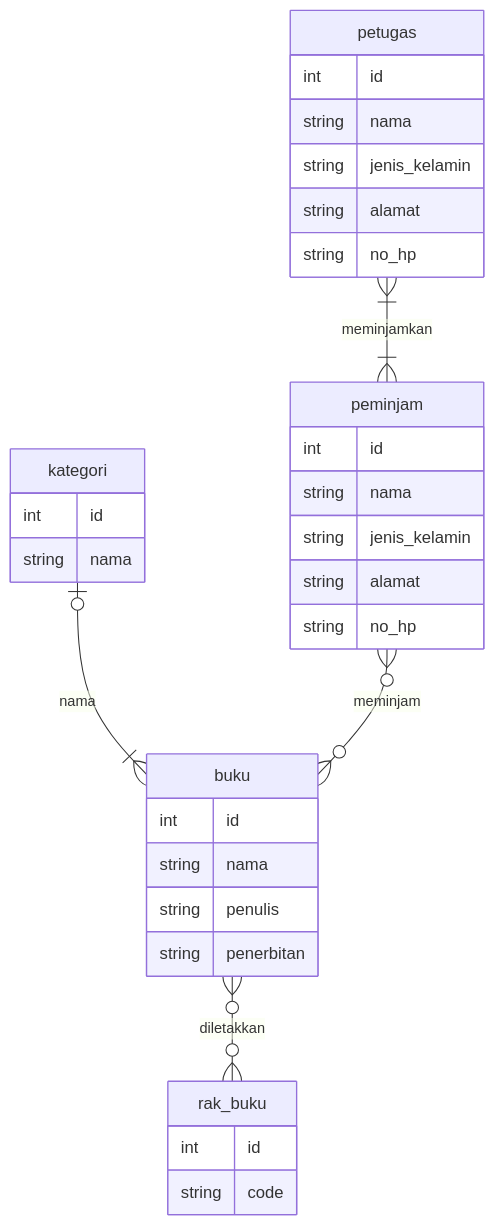
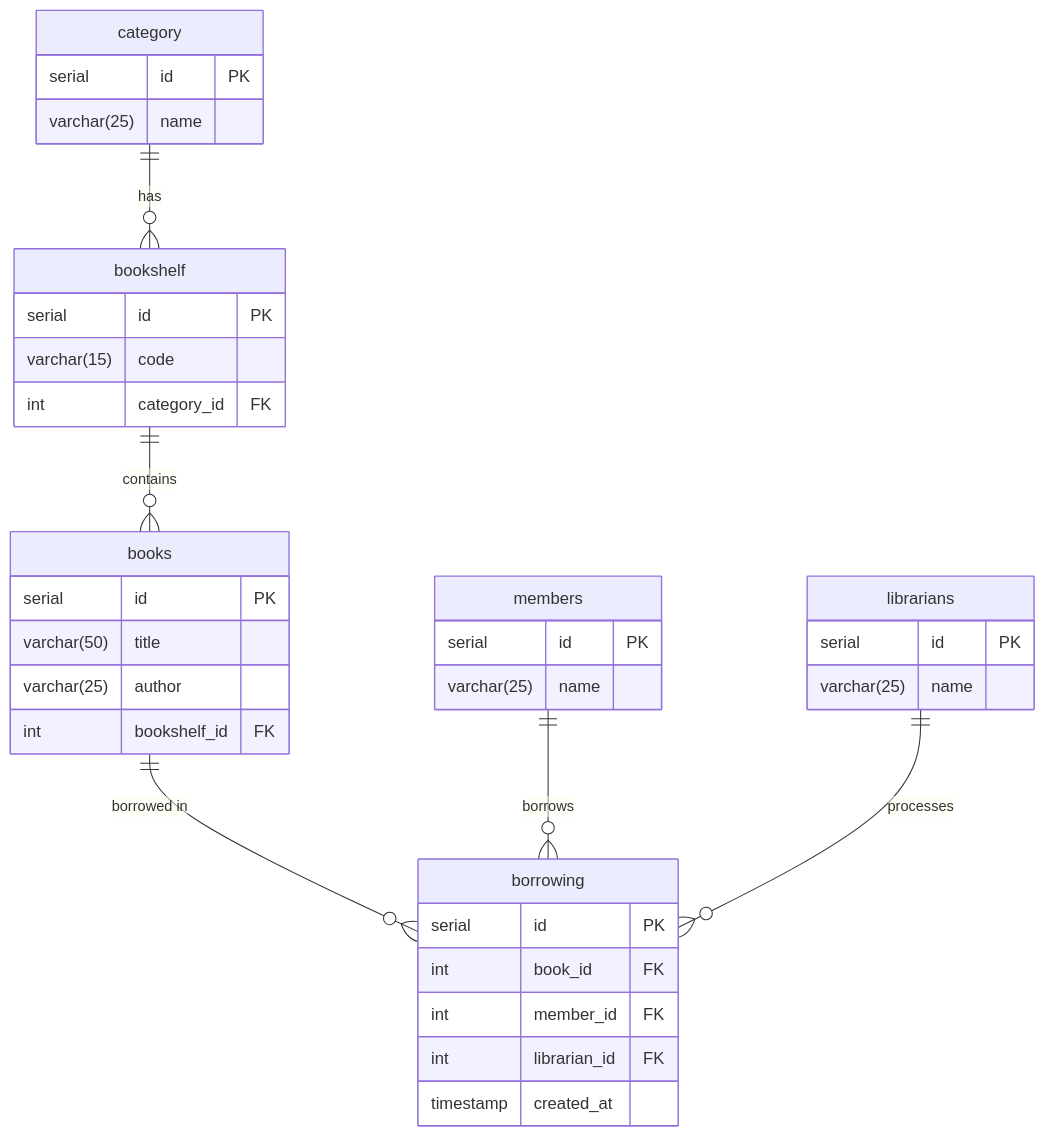
Before and after one commit to Anggiprayoga28/Koda-B4-db1: the diagram in readme.md, drawn with Mermaid.

````diff
--- a/readme.md
+++ b/readme.md
@@ -67,36 +67,45 @@
 ```mermaid
 erDiagram
-    buku{
-        int id
-        string nama
-        string penulis
-        string penerbitan
-    }
-    kategori{
-        int id
-        string nama
-    }
-    rak_buku{
-        int id
-        string code
-    }
-    petugas{
-        int id
-        string nama
-        string jenis_kelamin
-        string alamat
-        string no_hp
-    }
-    peminjam{
-        int id
-        string nama
-        string jenis_kelamin
-        string alamat
-        string no_hp
+    category {
+        serial id PK
+        varchar(25) name
     }
 
-buku}o--o{rak_buku : diletakkan
-kategori|o--|{buku : nama
-peminjam}o--o{buku : meminjam
-petugas}|--|{peminjam : meminjamkan
+    bookshelf {
+        serial id PK
+        varchar(15) code
+        int category_id FK
+    }
+
+    books {
+        serial id PK
+        varchar(50) title
+        varchar(25) author
+        int bookshelf_id FK
+    }
+
+    librarians {
+        serial id PK
+        varchar(25) name
+    }
+
+    members {
+        serial id PK
+        varchar(25) name
+    }
+
+    borrowing {
+        serial id PK
+        int book_id FK
+        int member_id FK
+        int librarian_id FK
+        timestamp created_at
+    }
+
+    category ||--o{ bookshelf : "has"
+    bookshelf ||--o{ books : "contains"
+    books ||--o{ borrowing : "borrowed in"
+    members ||--o{ borrowing : "borrows"
+    librarians ||--o{ borrowing : "processes"
+
 ```
````
